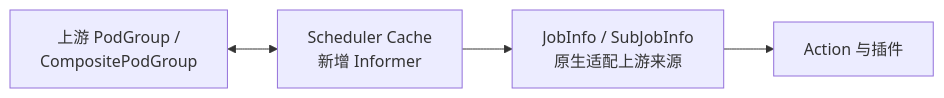
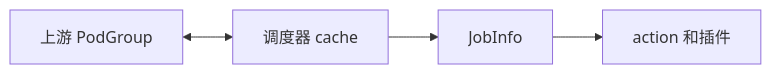
Diagram 13 of 13 in docs/research/k8s-workload-aware-scheduling-vs-volcano-cn.md (JesseStutler/volcano), drawn with Mermaid before and after one commit. The commit also changed other lines of this file and 1 other file, not shown here.

First line of the commit message:
docs: rewrite the upstream PodGroup comparison for readability

````diff
--- a/docs/research/k8s-workload-aware-scheduling-vs-volcano-cn.md
+++ b/docs/research/k8s-workload-aware-scheduling-vs-volcano-cn.md
@@ -568,11 +542,10 @@
 ```mermaid
 flowchart LR
-    UB["上游 PodGroup /<br/>CompositePodGroup"]
-    CB["Scheduler Cache<br/>新增 Informer"]
-    JB["JobInfo / SubJobInfo<br/>原生适配上游来源"]
-    SB["Action 与插件"]
-
+    UB["上游 PodGroup"]
+    CB["调度器 cache"]
+    JB["JobInfo"]
+    SB["action 和插件"]
     UB <--> CB
     CB --> JB
     JB --> SB
 ```
````
